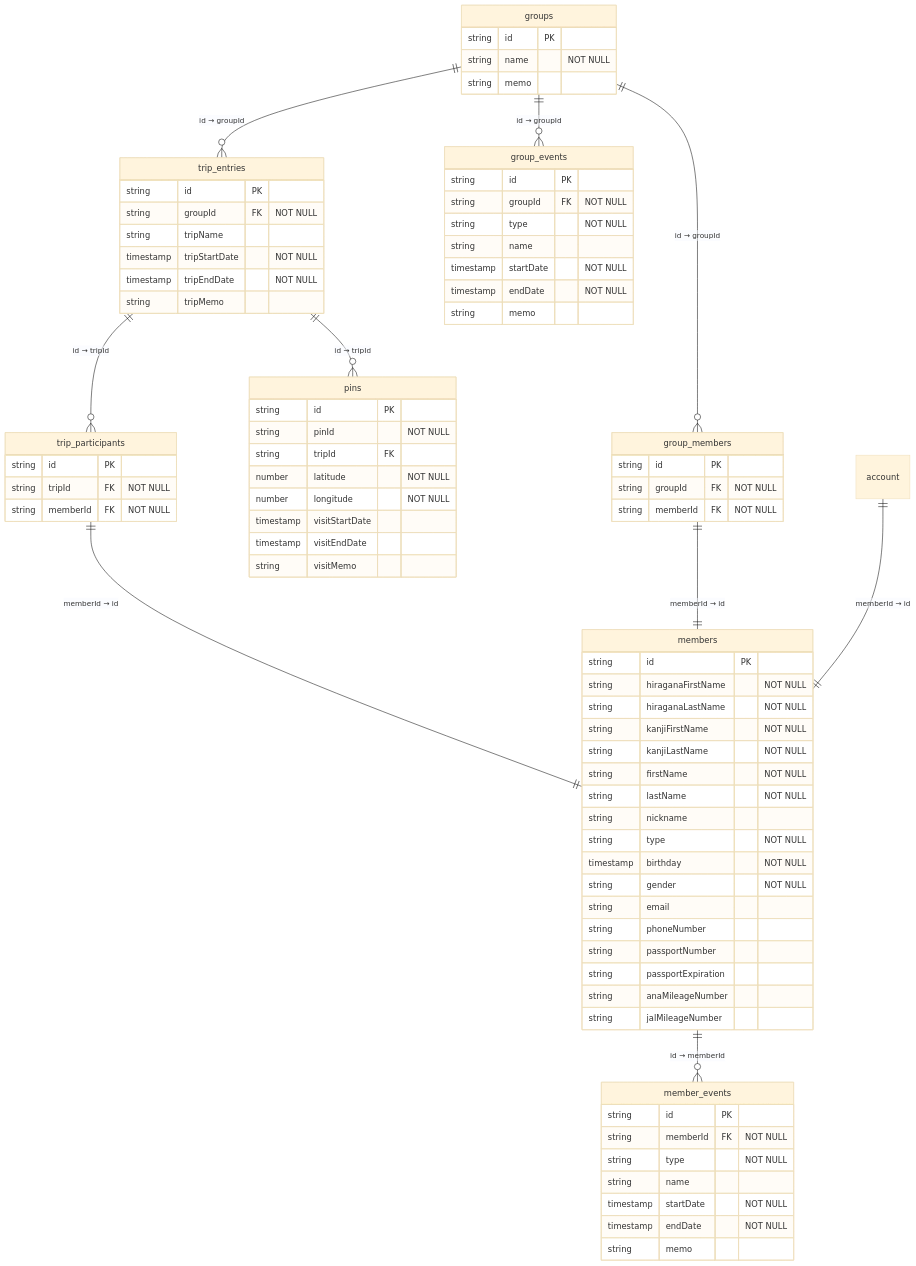
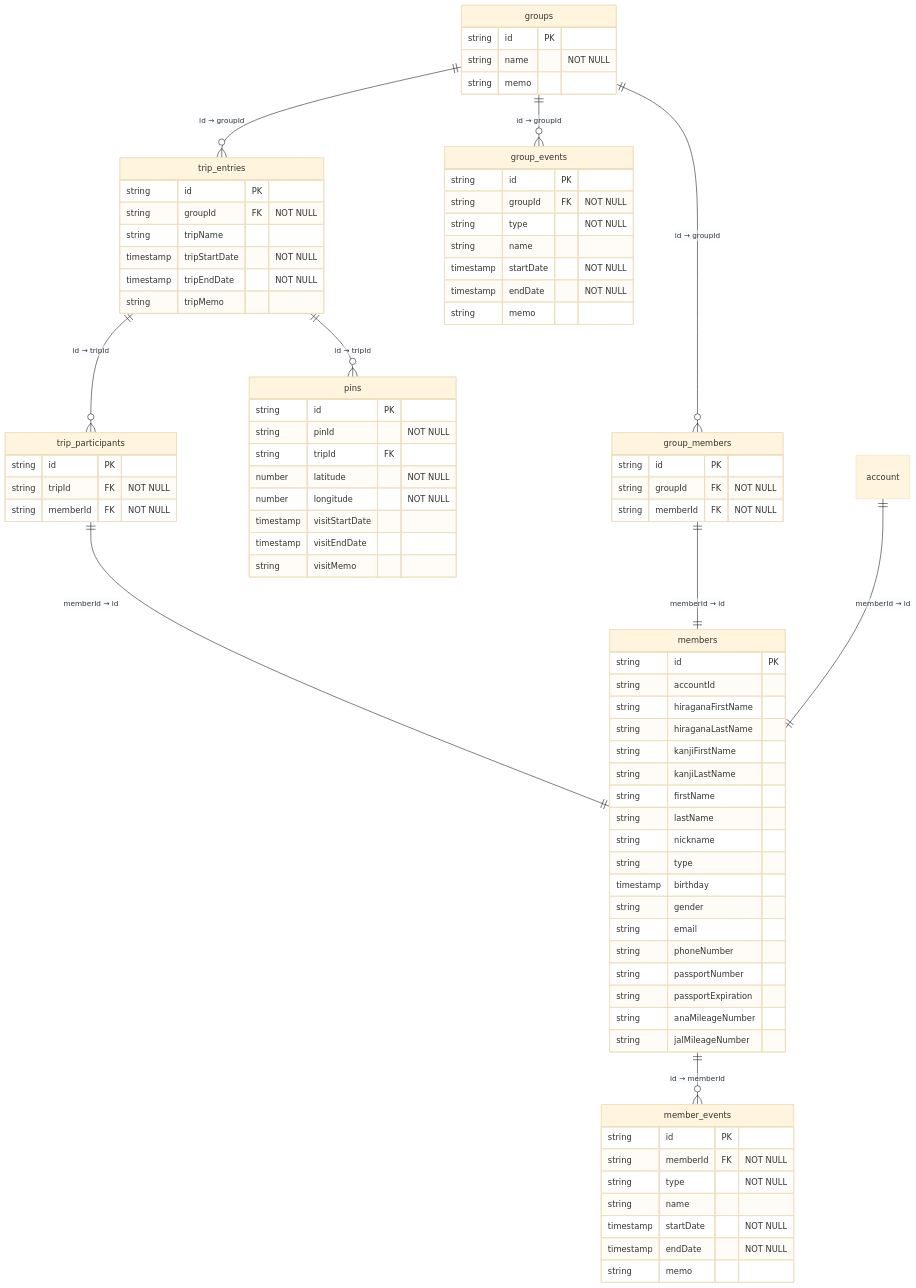
One commit to taka-016/memora changed the diagram in doc/er_diagram.md. Above: the diagram before and after it, drawn with Mermaid (base theme). The commit also changed 6 other files, not shown here.

```diff
--- a/doc/er_diagram.md
+++ b/doc/er_diagram.md
@@ -46,16 +46,17 @@
     }
     members {
         string id PK
-        string hiraganaFirstName "NOT NULL"
-        string hiraganaLastName "NOT NULL"
-        string kanjiFirstName "NOT NULL"
-        string kanjiLastName "NOT NULL"
-        string firstName "NOT NULL"
-        string lastName "NOT NULL"
+        string accountId
+        string hiraganaFirstName
+        string hiraganaLastName
+        string kanjiFirstName
+        string kanjiLastName
+        string firstName
+        string lastName
         string nickname
-        string type "NOT NULL"
-        timestamp birthday "NOT NULL"
-        string gender "NOT NULL"
+        string type
+        timestamp birthday
+        string gender
         string email
         string phoneNumber
         string passportNumber
```
